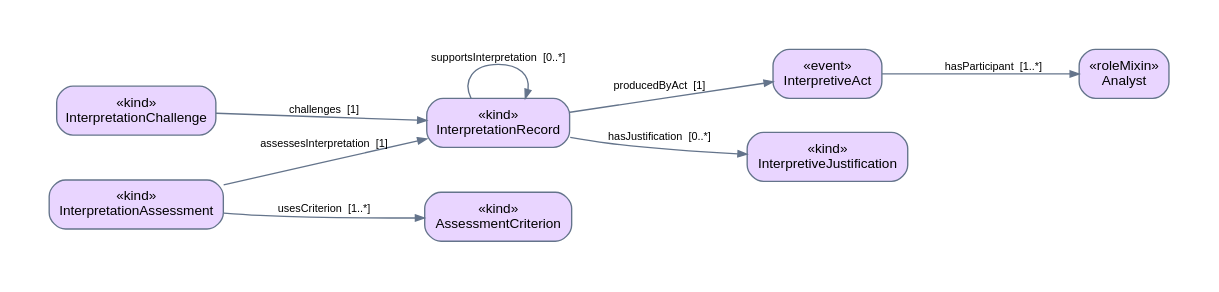
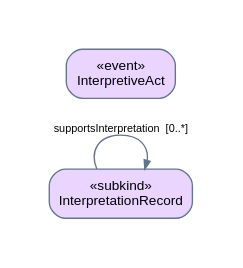
The diagram in model/diagrams/interpretation.dot (jeffersonspeck/artistic-reality-ontology), drawn with Graphviz before and after one commit. The commit also changed 158 other files, not shown here.

```diff
--- a/model/diagrams/interpretation.dot
+++ b/model/diagrams/interpretation.dot
@@ -1,20 +1,9 @@
 // Generated by scripts/build.py from model/conceptual-model.json. Do not edit by hand.
 digraph ontology {
 graph [rankdir=LR, bgcolor="white", pad="0.4", nodesep="0.35", ranksep="0.75", fontname="Arial"];
 node [shape=box, style="rounded,filled", color="#64748b", fontname="Arial", fontsize=10];
 edge [color="#64748b", fontname="Arial", fontsize=8];
-"InterpretationRecord" [label="«kind»\nInterpretationRecord",fillcolor="#e9d5ff"];
+"InterpretationRecord" [label="«subkind»\nInterpretationRecord",fillcolor="#e9d5ff"];
 "InterpretiveAct" [label="«event»\nInterpretiveAct",fillcolor="#e9d5ff"];
-"Analyst" [label="«roleMixin»\nAnalyst",fillcolor="#e9d5ff"];
-"InterpretiveJustification" [label="«kind»\nInterpretiveJustification",fillcolor="#e9d5ff"];
-"InterpretationChallenge" [label="«kind»\nInterpretationChallenge",fillcolor="#e9d5ff"];
-"InterpretationAssessment" [label="«kind»\nInterpretationAssessment",fillcolor="#e9d5ff"];
-"AssessmentCriterion" [label="«kind»\nAssessmentCriterion",fillcolor="#e9d5ff"];
-"InterpretationRecord" -> "InterpretiveAct" [label="producedByAct  [1]",arrowsize=.65];
-"InterpretiveAct" -> "Analyst" [label="hasParticipant  [1..*]",arrowsize=.65];
-"InterpretationRecord" -> "InterpretiveJustification" [label="hasJustification  [0..*]",arrowsize=.65];
-"InterpretationChallenge" -> "InterpretationRecord" [label="challenges  [1]",arrowsize=.65];
-"InterpretationAssessment" -> "InterpretationRecord" [label="assessesInterpretation  [1]",arrowsize=.65];
-"InterpretationAssessment" -> "AssessmentCriterion" [label="usesCriterion  [1..*]",arrowsize=.65];
 "InterpretationRecord" -> "InterpretationRecord" [label="supportsInterpretation  [0..*]",arrowsize=.65];
 }
```
